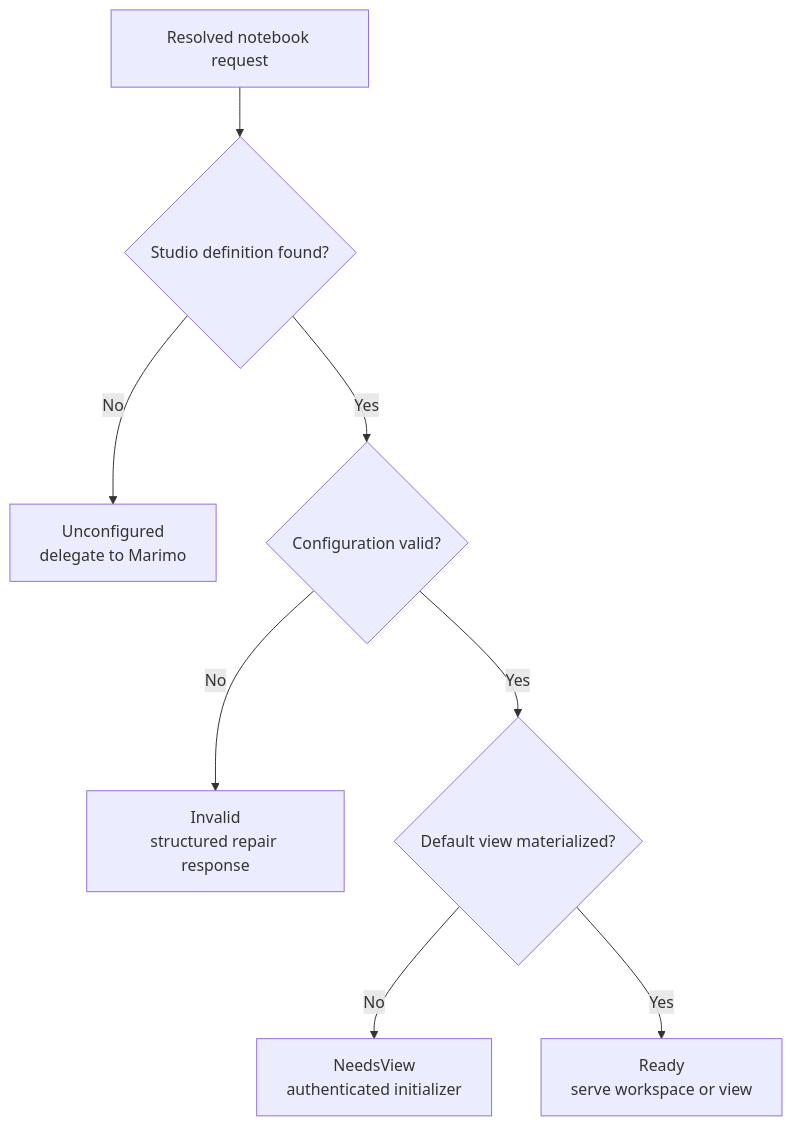
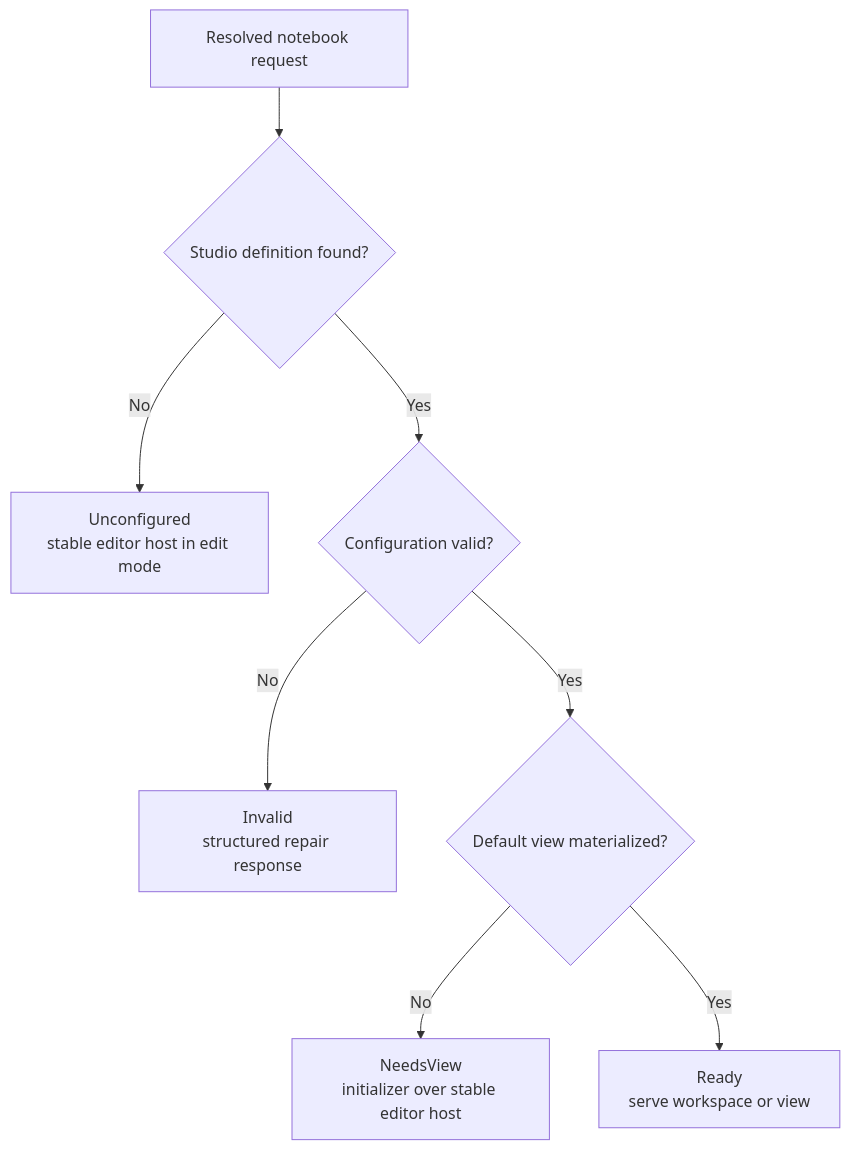
The second of 2 diagrams in development_docs/architecture/product-and-workspace.md (marimo-team/marimo-studio), drawn with Mermaid before and after one commit. The commit also changed other lines of this file and 52 other files, not shown here.

````diff
--- a/development_docs/architecture/product-and-workspace.md
+++ b/development_docs/architecture/product-and-workspace.md
@@ -69,10 +69,10 @@
 ```mermaid
 flowchart TD
     request[Resolved notebook request] --> configured{Studio definition found?}
-    configured -->|No| unconfigured[Unconfigured<br/>delegate to Marimo]
+    configured -->|No| unconfigured[Unconfigured<br/>stable editor host in edit mode]
     configured -->|Yes| valid{Configuration valid?}
     valid -->|No| invalid[Invalid<br/>structured repair response]
     valid -->|Yes| views{Default view materialized?}
-    views -->|No| needs[NeedsView<br/>authenticated initializer]
+    views -->|No| needs[NeedsView<br/>initializer over stable editor host]
     views -->|Yes| ready[Ready<br/>serve workspace or view]
 ```
````
